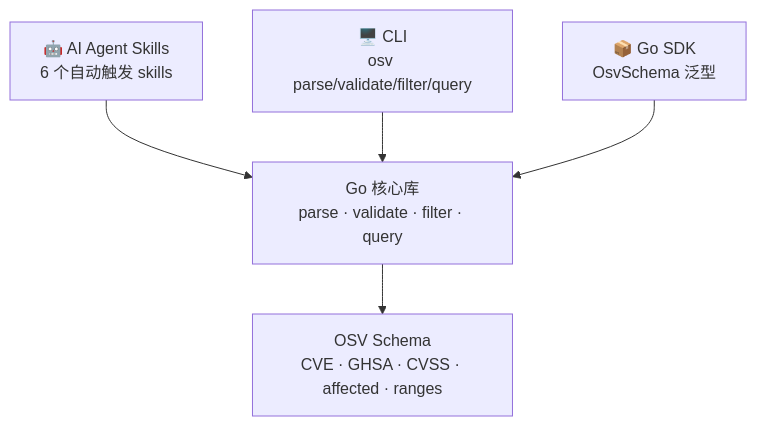
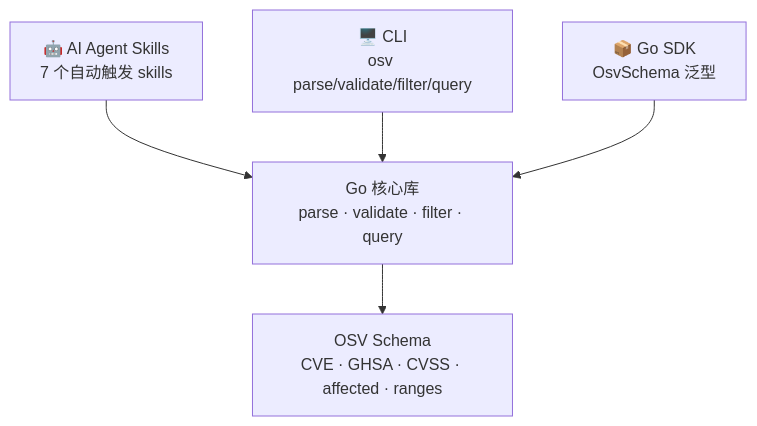
The first of 2 diagrams in README.zh-CN.md (scagogogo/osv-schema-skills), drawn with Mermaid before and after one commit. The commit also changed other lines of this file and 11 other files, not shown here.

````diff
--- a/README.zh-CN.md
+++ b/README.zh-CN.md
@@ -17,12 +17,12 @@
 ```mermaid
 graph TD
-  A["🤖 AI Agent Skills<br/>6 个自动触发 skills"]
+  A["🤖 AI Agent Skills<br/>7 个自动触发 skills"]
   C["🖥️ CLI<br/>osv parse/validate/filter/query"]
   S["📦 Go SDK<br/>OsvSchema 泛型"]
   CORE["Go 核心库<br/>parse · validate · filter · query"]
   OSV["OSV Schema<br/>CVE · GHSA · CVSS · affected · ranges"]
   A --> CORE
   C --> CORE
   S --> CORE
   CORE --> OSV
 ```
````
